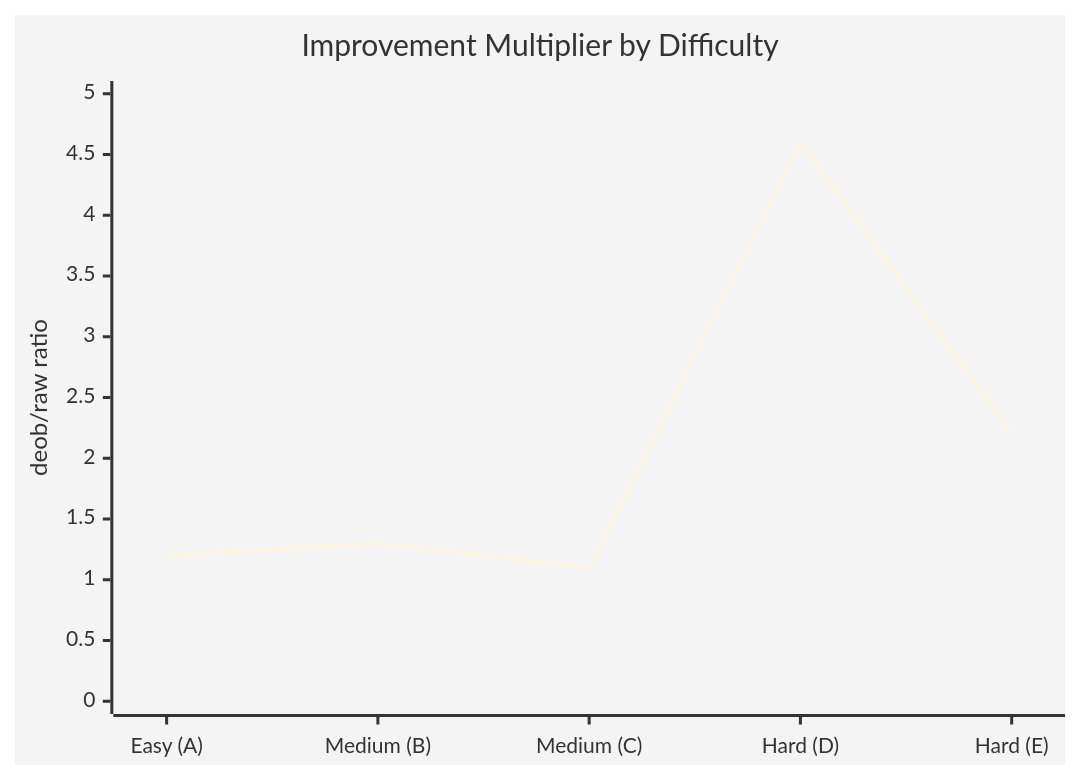
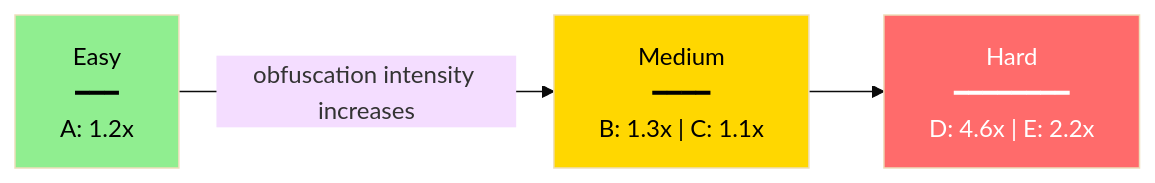
Before and after one commit to dolphinwesting248/deob: the second of 4 diagrams in benchmark/experiments/2026-07-17-v1/report.md, drawn with Mermaid. The commit also changed other lines of this file, not shown here.

Commit message:
fix: replace xychart-beta with compatible graph/subgraph Mermaid charts

````diff
--- a/benchmark/experiments/2026-07-17-v1/report.md
+++ b/benchmark/experiments/2026-07-17-v1/report.md
@@ -142,8 +159,8 @@
 ```mermaid
 %%{init: {'theme': 'base'}}%%
-xychart-beta
-    title "Improvement Multiplier by Difficulty"
-    x-axis ["Easy (A)", "Medium (B)", "Medium (C)", "Hard (D)", "Hard (E)"]
-    y-axis "deob/raw ratio" 0 --> 5
-    line [1.2, 1.3, 1.1, 4.6, 2.2]
+graph LR
+    easy["Easy<br/>━━━<br/>A: 1.2x"]:::easy -->|"obfuscation intensity increases"| med["Medium<br/>━━━━<br/>B: 1.3x | C: 1.1x"]:::med --> hard["Hard<br/>━━━━━━━━<br/>D: 4.6x | E: 2.2x"]:::hard
+    classDef easy fill:#90EE90,color:black
+    classDef med fill:#FFD700,color:black
+    classDef hard fill:#ff6b6b,color:white
 ```
````
